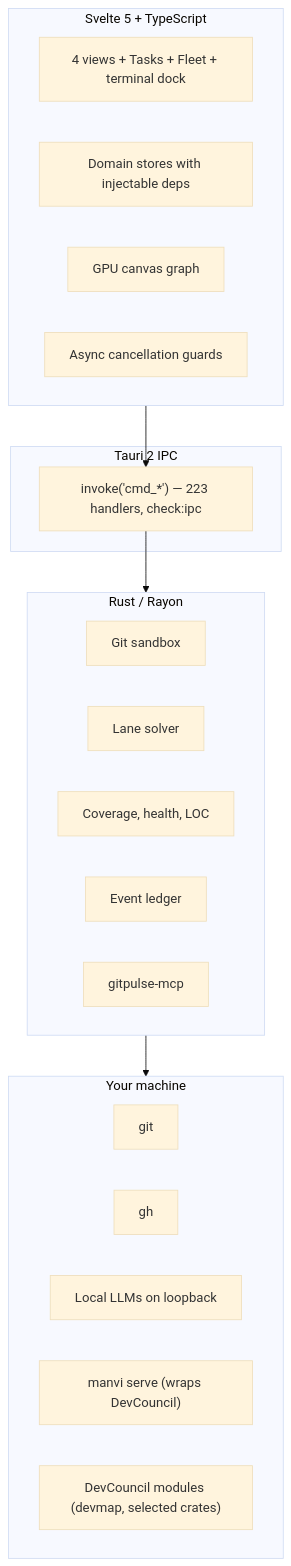
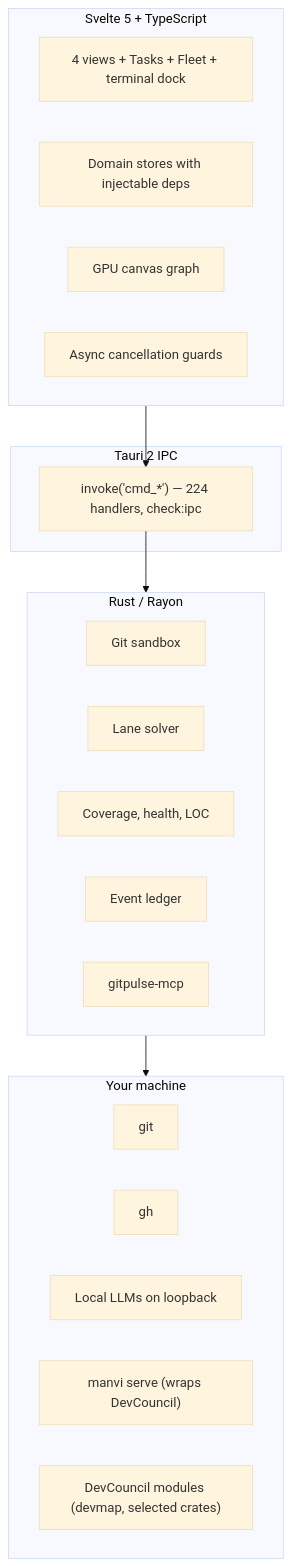
The diagram in wiki/Architecture.md (bharathvbcr/GitPulse), drawn with Mermaid (base theme) before and after one commit. The commit also changed 21 other files, not shown here.

````diff
--- a/wiki/Architecture.md
+++ b/wiki/Architecture.md
@@ -7,28 +7,28 @@
 ```mermaid
 flowchart TB
     subgraph Frontend["Svelte 5 + TypeScript"]
         Views["4 views + Tasks + Fleet + terminal dock"]
         Stores["Domain stores with injectable deps"]
         Canvas["GPU canvas graph"]
         Guards["Async cancellation guards"]
     end
     subgraph IPC["Tauri 2 IPC"]
-        Bridge["invoke('cmd_*') — 223 handlers, check:ipc"]
+        Bridge["invoke('cmd_*') — 224 handlers, check:ipc"]
     end
     subgraph Backend["Rust / Rayon"]
         Git["Git sandbox"]
         Graph["Lane solver"]
         Analyzers["Coverage, health, LOC"]
         Ledger["Event ledger"]
         MCP["gitpulse-mcp"]
     end
     subgraph Local["Your machine"]
         GitCLI["git"]
         GhCLI["gh"]
         LLM["Local LLMs on loopback"]
         Manvi["manvi serve (wraps DevCouncil)"]
         DevCouncil["DevCouncil modules (devmap, selected crates)"]
     end
     Frontend --> Bridge --> Backend
     Backend --> Local
 ```
````
